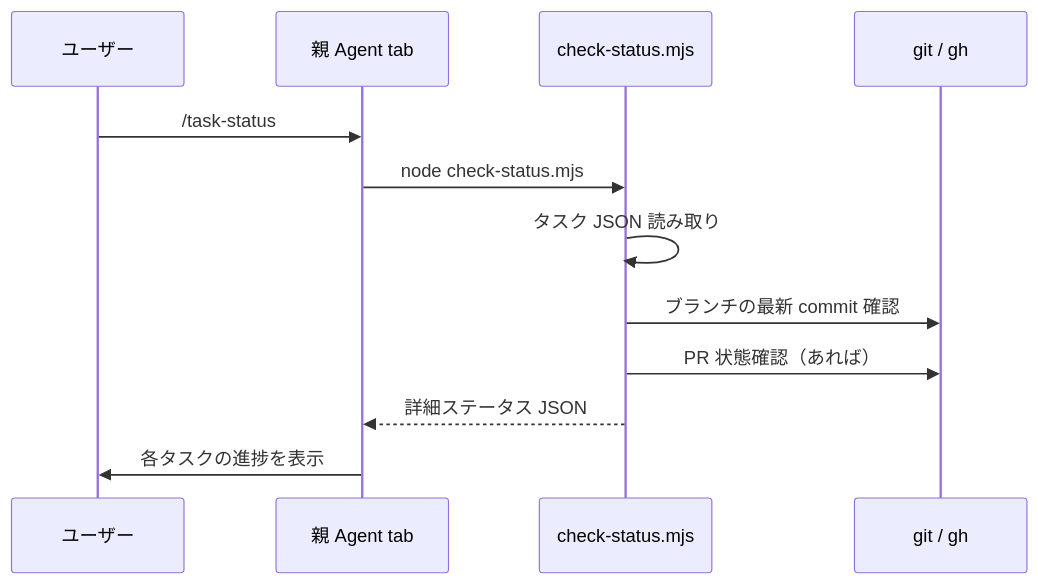
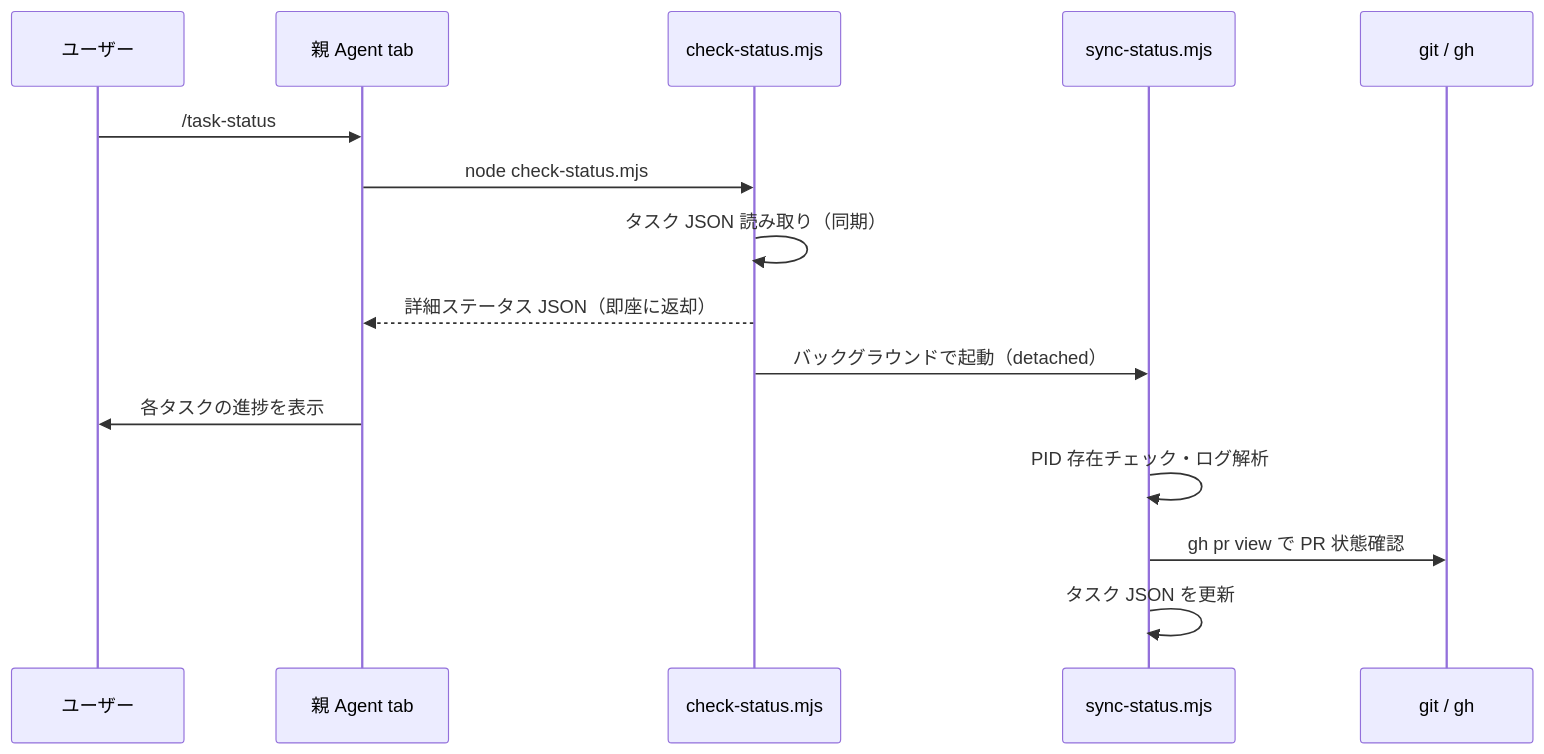
One commit to retocrooman/cursor-power changed the fifth of 12 diagrams in DESIGN.md. Above: the diagram before and after it, drawn with Mermaid. The commit also changed other lines of this file and 4 other files, not shown here.

````diff
--- a/DESIGN.md
+++ b/DESIGN.md
@@ -296,15 +302,18 @@
 ```mermaid
 sequenceDiagram
   participant U as ユーザー
   participant P as 親 Agent tab
   participant S as check-status.mjs
+  participant BG as sync-status.mjs
   participant G as git / gh
 
   U->>P: /task-status
   P->>S: node check-status.mjs
-  S->>S: タスク JSON 読み取り
-  S->>G: ブランチの最新 commit 確認
-  S->>G: PR 状態確認（あれば）
-  S-->>P: 詳細ステータス JSON
+  S->>S: タスク JSON 読み取り（同期）
+  S-->>P: 詳細ステータス JSON（即座に返却）
+  S->>BG: バックグラウンドで起動（detached）
   P->>U: 各タスクの進捗を表示
+  BG->>BG: PID 存在チェック・ログ解析
+  BG->>G: gh pr view で PR 状態確認
+  BG->>BG: タスク JSON を更新
 ```
````
